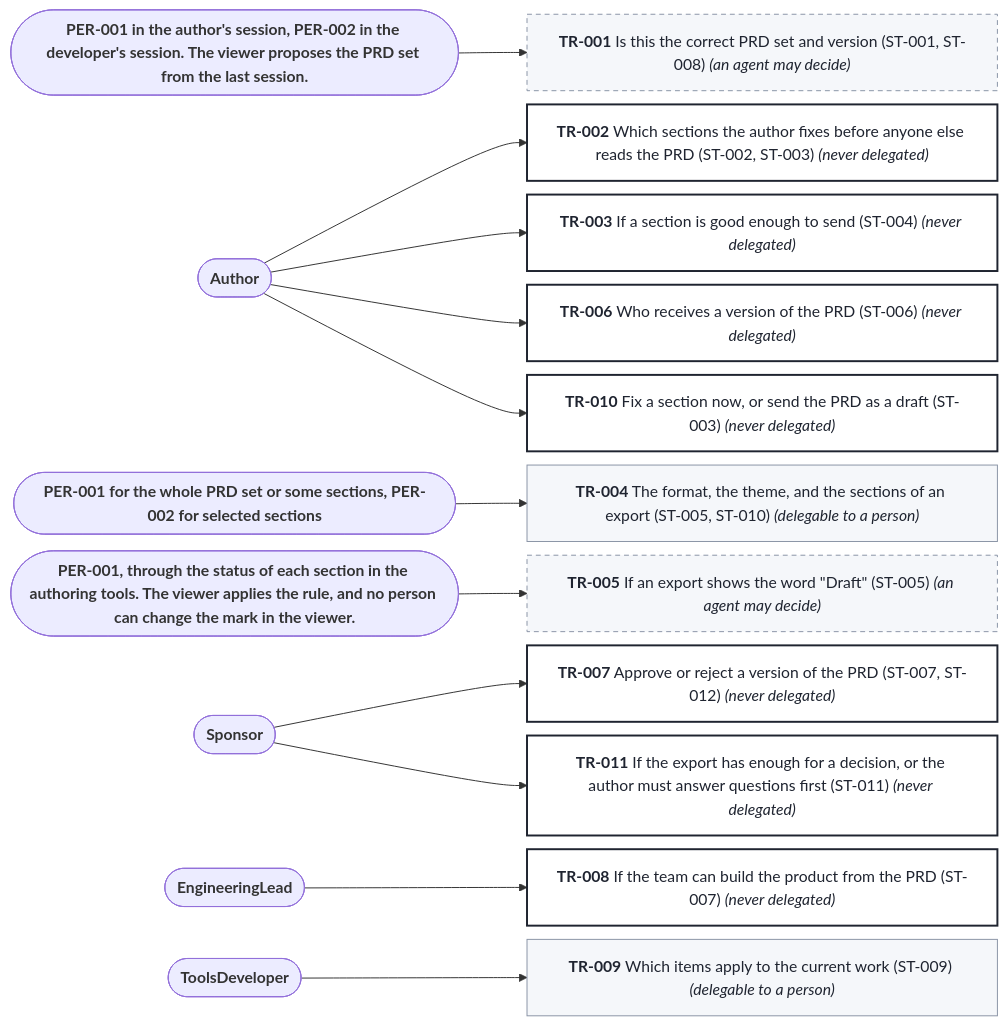
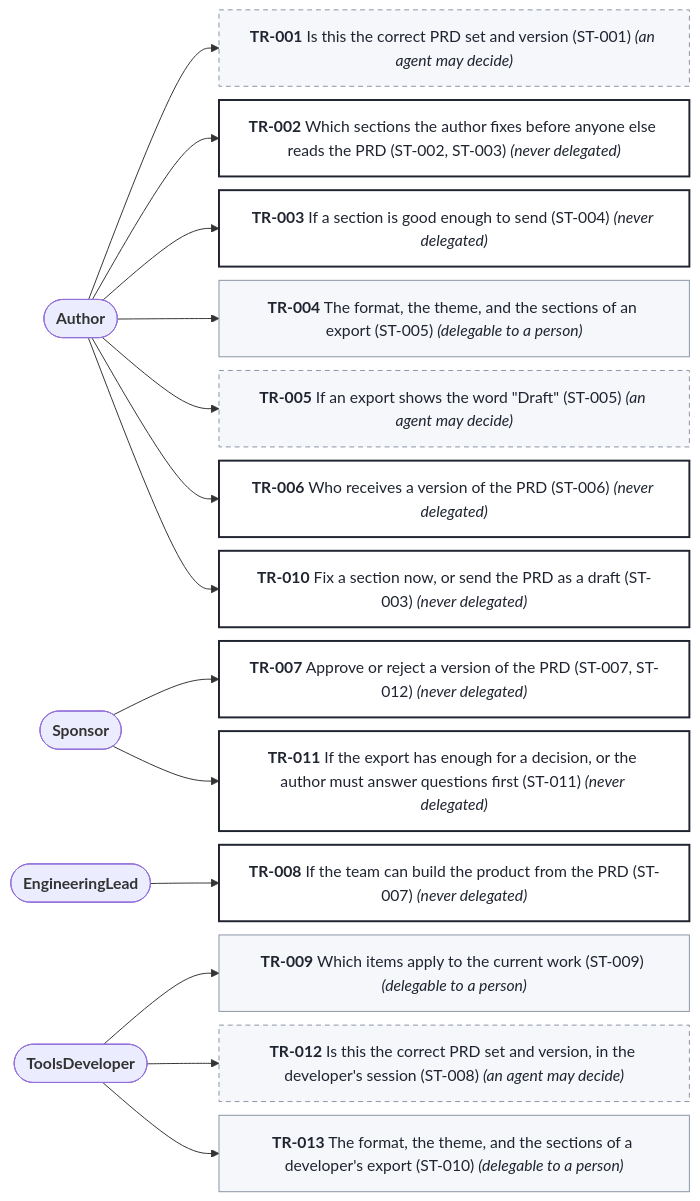
The diagram in docs/prd/prd-forge-viewer/diagrams/decision-rights.mmd (SpillwaveSolutions/prd-forge-viewer), drawn with Mermaid before and after one commit. The commit also changed 88 other files, not shown here.

```diff
--- a/docs/prd/prd-forge-viewer/diagrams/decision-rights.mmd
+++ b/docs/prd/prd-forge-viewer/diagrams/decision-rights.mmd
@@ -1,46 +1,49 @@
 %% Generated by prd-diagrams.mjs from the decision rights front matter. Do not edit.
 %%{init: {"flowchart": {"wrappingWidth": 420, "nodeSpacing": 14, "rankSpacing": 70}}}%%
 flowchart LR
-  APER001intheauthorssessionPER002inthedeveloperssessionTheviewerproposesthePRDsetfromthelastsession(["<b>PER-001 in the author's session, PER-002 in the developer's session. The viewer proposes the PRD set from the last session.</b>"])
   APER001(["<b>Author</b>"])
-  APER001forthewholePRDsetorsomesectionsPER002forselectedsections(["<b>PER-001 for the whole PRD set or some sections, PER-002 for selected sections</b>"])
-  APER001throughthestatusofeachsectionintheauthoringtoolsTheviewerappliestheruleandnopersoncanchangethemarkintheviewer(["<b>PER-001, through the status of each section in the authoring tools. The viewer applies the rule, and no person can change the mark in the viewer.</b>"])
   APER004(["<b>Sponsor</b>"])
   APER003(["<b>EngineeringLead</b>"])
   APER002(["<b>ToolsDeveloper</b>"])
-  DTR001["<b>TR-001</b> Is this the correct PRD set and version (ST-001, ST-008) <i>(an agent may decide)</i>"]
-  APER001intheauthorssessionPER002inthedeveloperssessionTheviewerproposesthePRDsetfromthelastsession --> DTR001
+  DTR001["<b>TR-001</b> Is this the correct PRD set and version (ST-001) <i>(an agent may decide)</i>"]
+  APER001 --> DTR001
   DTR002["<b>TR-002</b> Which sections the author fixes before anyone else reads the PRD (ST-002, ST-003) <i>(never delegated)</i>"]
   APER001 --> DTR002
   DTR003["<b>TR-003</b> If a section is good enough to send (ST-004) <i>(never delegated)</i>"]
   APER001 --> DTR003
-  DTR004["<b>TR-004</b> The format, the theme, and the sections of an export (ST-005, ST-010) <i>(delegable to a person)</i>"]
-  APER001forthewholePRDsetorsomesectionsPER002forselectedsections --> DTR004
+  DTR004["<b>TR-004</b> The format, the theme, and the sections of an export (ST-005) <i>(delegable to a person)</i>"]
+  APER001 --> DTR004
   DTR005["<b>TR-005</b> If an export shows the word #quot;Draft#quot; (ST-005) <i>(an agent may decide)</i>"]
-  APER001throughthestatusofeachsectionintheauthoringtoolsTheviewerappliestheruleandnopersoncanchangethemarkintheviewer --> DTR005
+  APER001 --> DTR005
   DTR006["<b>TR-006</b> Who receives a version of the PRD (ST-006) <i>(never delegated)</i>"]
   APER001 --> DTR006
   DTR007["<b>TR-007</b> Approve or reject a version of the PRD (ST-007, ST-012) <i>(never delegated)</i>"]
   APER004 --> DTR007
   DTR008["<b>TR-008</b> If the team can build the product from the PRD (ST-007) <i>(never delegated)</i>"]
   APER003 --> DTR008
   DTR009["<b>TR-009</b> Which items apply to the current work (ST-009) <i>(delegable to a person)</i>"]
   APER002 --> DTR009
   DTR010["<b>TR-010</b> Fix a section now, or send the PRD as a draft (ST-003) <i>(never delegated)</i>"]
   APER001 --> DTR010
   DTR011["<b>TR-011</b> If the export has enough for a decision, or the author must answer questions first (ST-011) <i>(never delegated)</i>"]
   APER004 --> DTR011
+  DTR012["<b>TR-012</b> Is this the correct PRD set and version, in the developer's session (ST-008) <i>(an agent may decide)</i>"]
+  APER002 --> DTR012
+  DTR013["<b>TR-013</b> The format, the theme, and the sections of a developer's export (ST-010) <i>(delegable to a person)</i>"]
+  APER002 --> DTR013
   classDef never fill:#FFFFFF,stroke:#1F2430,stroke-width:2px,color:#1F2430
   classDef agent fill:#F5F7FA,stroke:#8A94A6,stroke-dasharray:5 4,color:#1F2430
   classDef person fill:#F5F7FA,stroke:#8A94A6,color:#1F2430
   class DTR001 agent
   class DTR002 never
   class DTR003 never
   class DTR004 person
   class DTR005 agent
   class DTR006 never
   class DTR007 never
   class DTR008 never
   class DTR009 person
   class DTR010 never
   class DTR011 never
+  class DTR012 agent
+  class DTR013 person
```
